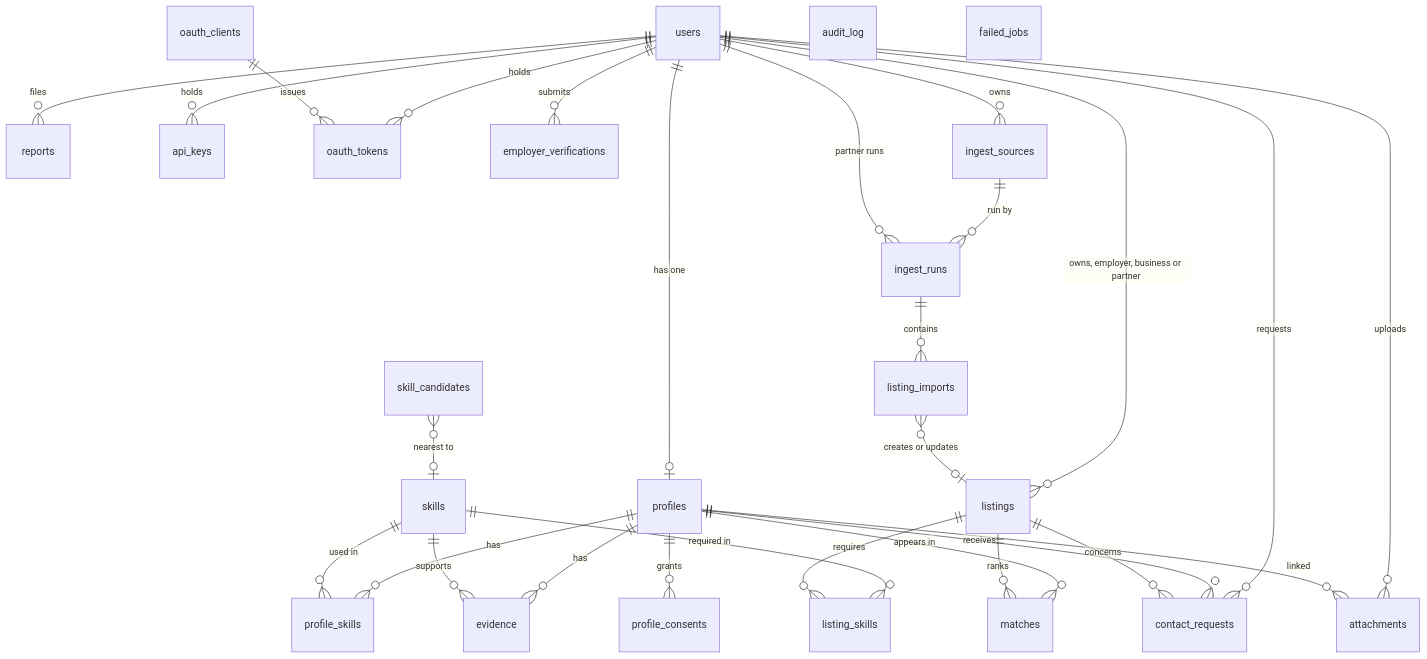
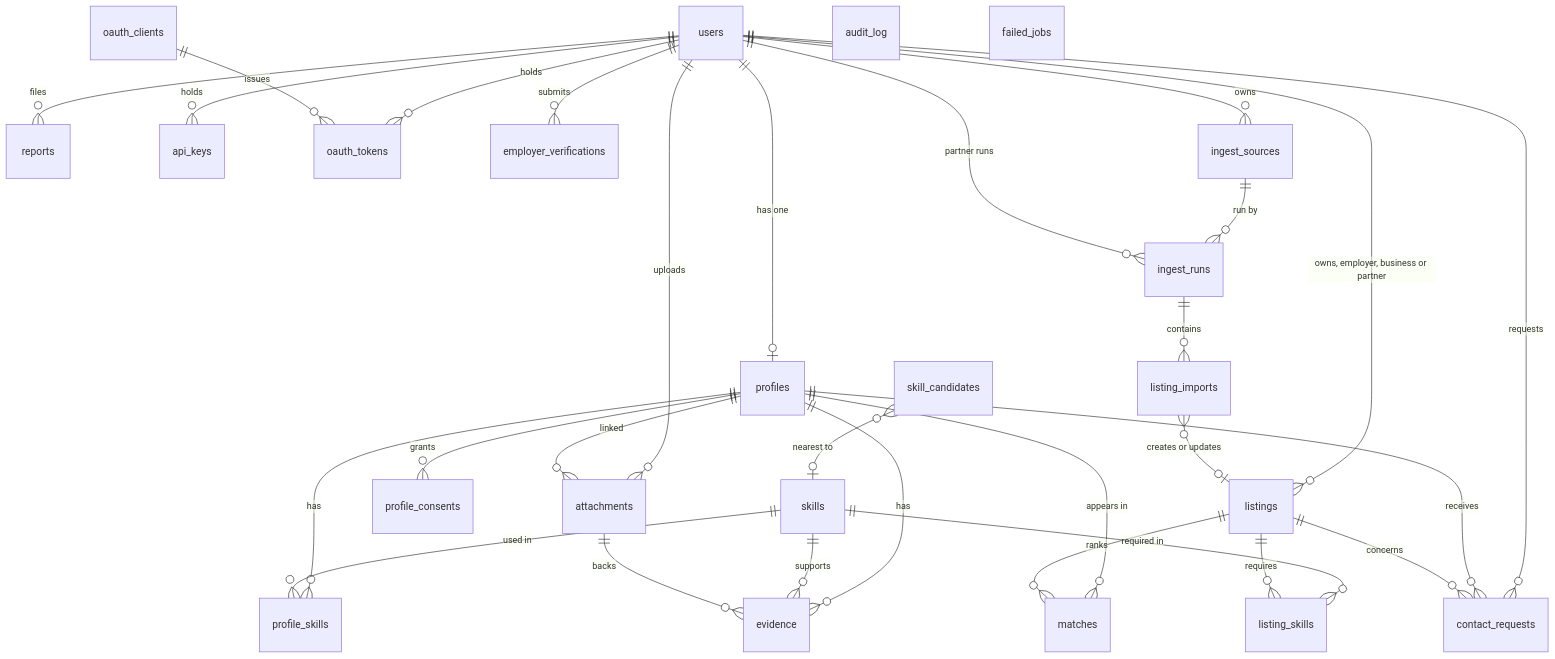
Before and after one commit to Si-Tumetry/try: the diagram in docs/DATABASE.md, drawn with Mermaid. The commit also changed other lines of this file and 44 other files, not shown here.

````diff
--- a/docs/DATABASE.md
+++ b/docs/DATABASE.md
@@ -43,38 +43,39 @@
 ```mermaid
 erDiagram
     users ||--o| profiles : "has one"
     users ||--o{ listings : "owns, employer, business or partner"
     users ||--o{ contact_requests : "requests"
     users ||--o{ reports : "files"
     users ||--o{ api_keys : "holds"
     users ||--o{ oauth_tokens : "holds"
     users ||--o{ employer_verifications : "submits"
 
     profiles ||--o{ profile_skills : "has"
     profiles ||--o{ evidence : "has"
     profiles ||--o{ profile_consents : "grants"
     profiles ||--o{ matches : "appears in"
     profiles ||--o{ contact_requests : "receives"
 
     skills ||--o{ profile_skills : "used in"
     skills ||--o{ listing_skills : "required in"
     skills ||--o{ evidence : "supports"
 
     listings ||--o{ listing_skills : "requires"
     listings ||--o{ matches : "ranks"
     listings ||--o{ contact_requests : "concerns"
 
     oauth_clients ||--o{ oauth_tokens : "issues"
     skill_candidates }o--o| skills : "nearest to"
 
+    attachments ||--o{ evidence : "backs"
     users ||--o{ attachments : "uploads"
     profiles ||--o{ attachments : "linked"
     users ||--o{ ingest_sources : "owns"
     ingest_sources ||--o{ ingest_runs : "run by"
     users ||--o{ ingest_runs : "partner runs"
     ingest_runs ||--o{ listing_imports : "contains"
     listing_imports }o--o| listings : "creates or updates"
 
     audit_log
     failed_jobs
 ```
````
